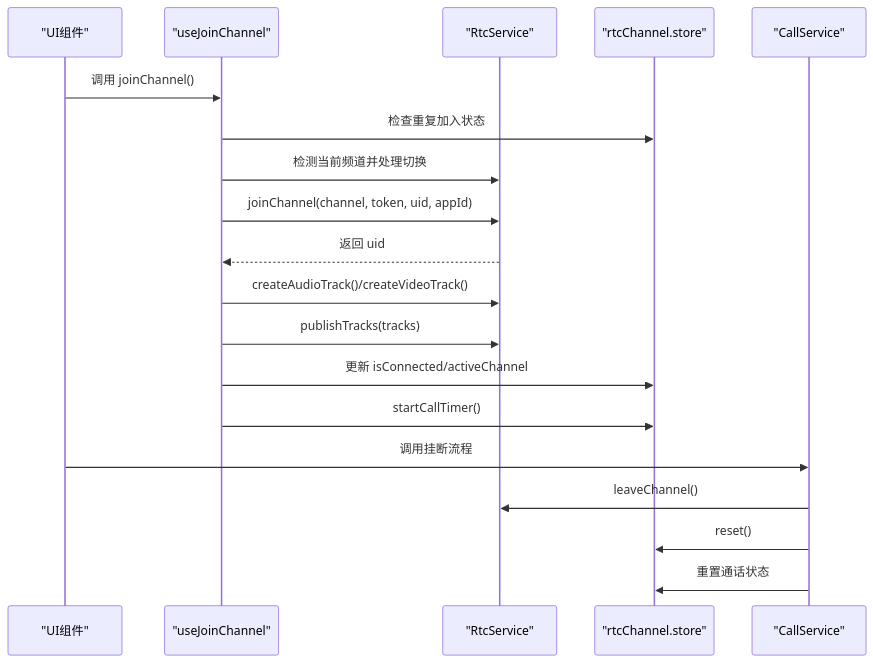
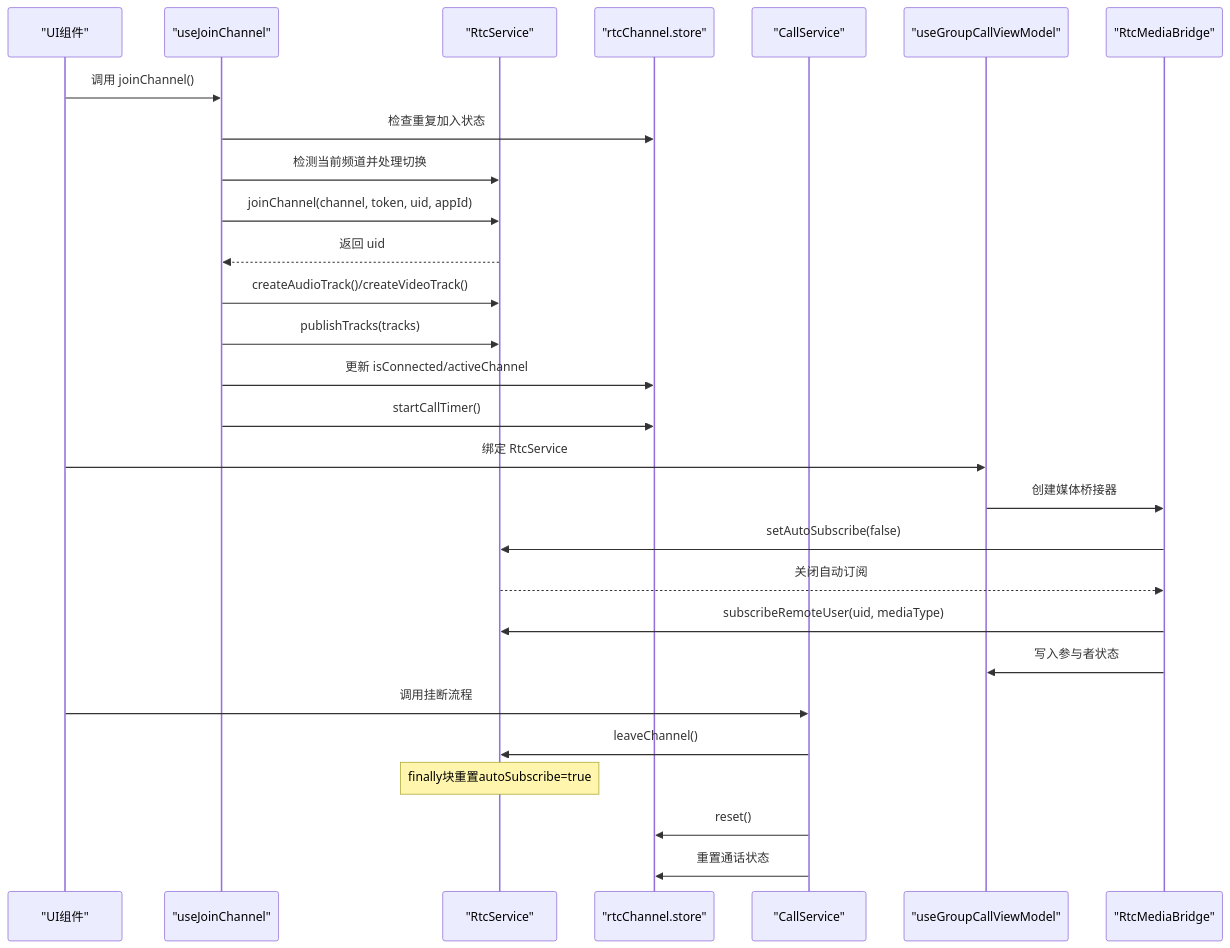
The second of 11 diagrams in .qoder/repowiki/zh/content/组合式 API/RTC 服务 API.md (Easemob-Community/easemob-uikit-callkit-vue3), drawn with Mermaid before and after one commit. The commit also changed other lines of this file and 54 other files, not shown here.

First line of the commit message:
refactor: 清理废弃代码 + 移出 RtcService 实例 + API 便捷性优化

````diff
--- a/.qoder/repowiki/zh/content/组合式 API/RTC 服务 API.md
+++ b/.qoder/repowiki/zh/content/组合式 API/RTC 服务 API.md
@@ -114,21 +138,30 @@
 ```mermaid
 sequenceDiagram
 participant UI as "UI组件"
 participant Join as "useJoinChannel"
 participant RS as "RtcService"
 participant RC as "rtcChannel.store"
 participant CS as "CallService"
+participant GCV as "useGroupCallViewModel"
+participant RMB as "RtcMediaBridge"
 UI->>Join : 调用 joinChannel()
 Join->>RC : 检查重复加入状态
 Join->>RS : 检测当前频道并处理切换
 Join->>RS : joinChannel(channel, token, uid, appId)
 RS-->>Join : 返回 uid
 Join->>RS : createAudioTrack()/createVideoTrack()
 Join->>RS : publishTracks(tracks)
 Join->>RC : 更新 isConnected/activeChannel
 Join->>RC : startCallTimer()
+UI->>GCV : 绑定 RtcService
+GCV->>RMB : 创建媒体桥接器
+RMB->>RS : setAutoSubscribe(false)
+RS-->>RMB : 关闭自动订阅
+RMB->>RS : subscribeRemoteUser(uid, mediaType)
+RMB->>GCV : 写入参与者状态
 UI->>CS : 调用挂断流程
 CS->>RS : leaveChannel()
+Note over RS : finally块重置autoSubscribe=true
 CS->>RC : reset()
 CS->>RC : 重置通话状态
 ```
````
